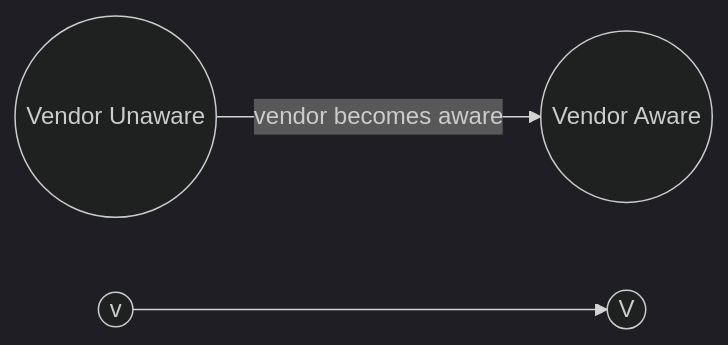
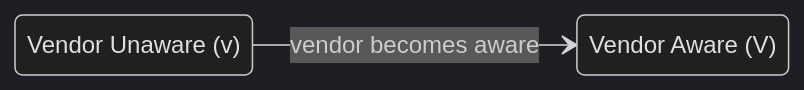
The first of 13 diagrams in docs/process_models/cs/index.md (CERTCC/Vultron), drawn with Mermaid (dark theme) before and after one commit. The commit also changed other lines of this file, not shown here.

````diff
--- a/docs/process_models/cs/index.md
+++ b/docs/process_models/cs/index.md
@@ -68,9 +66,7 @@
 ```mermaid
-graph LR
-    v((Vendor Unaware))
-    V((Vendor Aware))
-    v -->|vendor becomes aware| V    
-    v2((v))
-    V2((V))
-    v2 --> V2
+stateDiagram-v2
+    direction LR
+    v : Vendor Unaware (v)
+    V : Vendor Aware (V)
+    v --> V : vendor becomes aware
 ```
````
